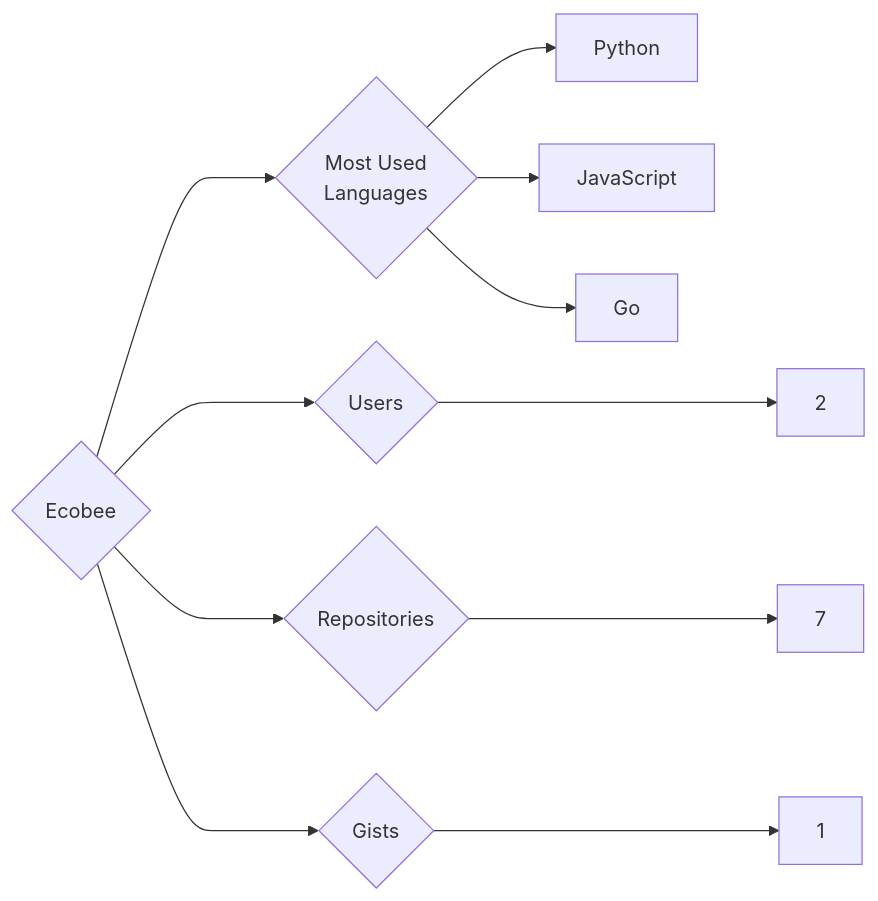
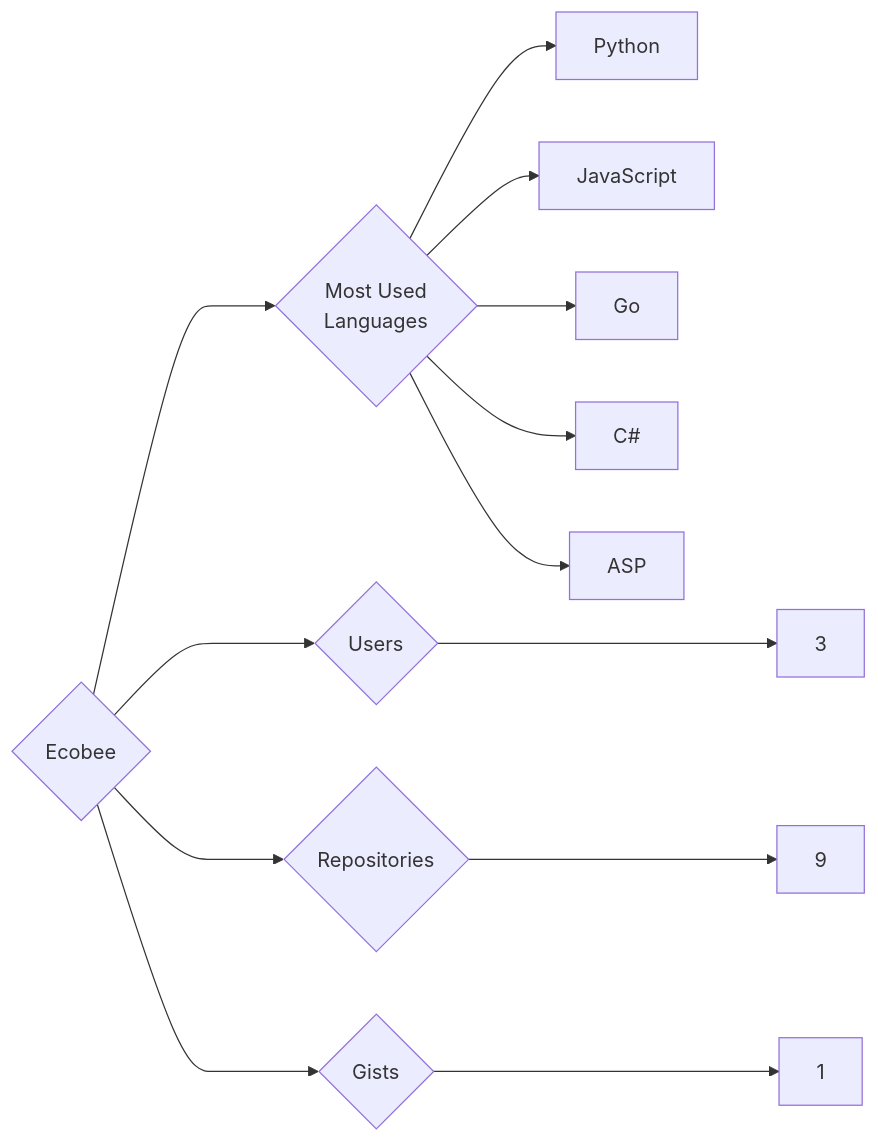
Before and after one commit to trickest/insiders: the diagram in targets/Ecobee/README.md, drawn with Mermaid. The commit also changed 724 other files, not shown here.

````diff
--- a/targets/Ecobee/README.md
+++ b/targets/Ecobee/README.md
@@ -3,11 +3,13 @@
 ```mermaid
 graph LR
 COMPANY_NAME{Ecobee}
-COMPANY_NAME ---> U{Users} ---> UN[2]
-COMPANY_NAME ---> R{Repositories} ---> RN[7]
+COMPANY_NAME ---> U{Users} ---> UN[3]
+COMPANY_NAME ---> R{Repositories} ---> RN[9]
 COMPANY_NAME ---> G{Gists} ---> GN[1]
 COMPANY_NAME ---> ML{Most Used<br>Languages}
 ML --> Python[Python]
 ML --> JavaScript[JavaScript]
 ML --> Go[Go]
+ML --> C#[C#]
+ML --> ASP[ASP]
 ```
````
